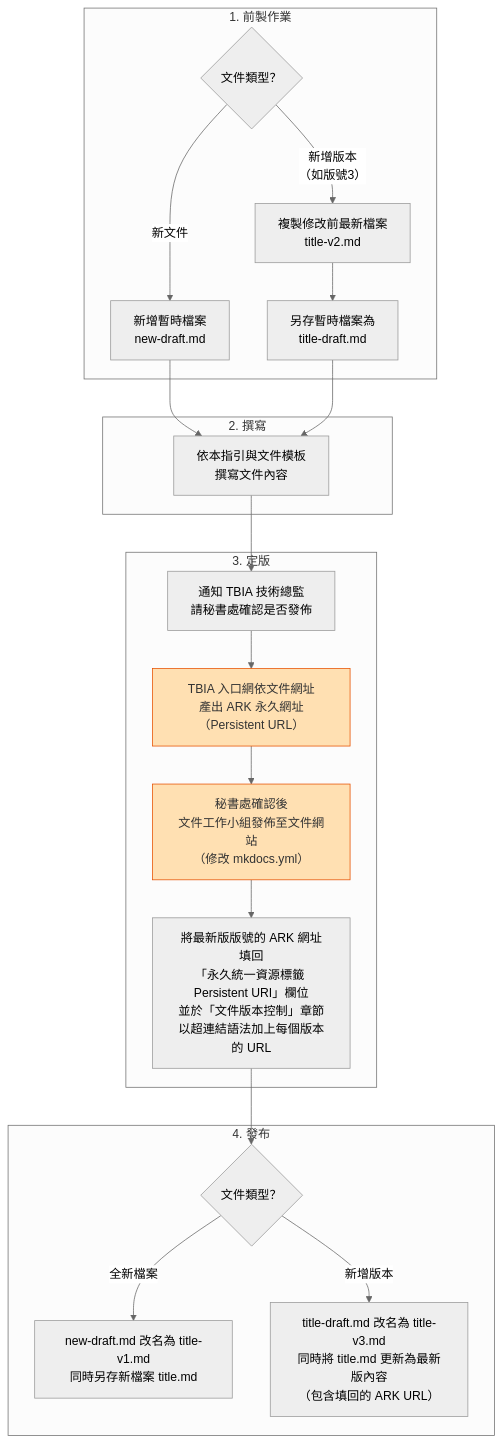
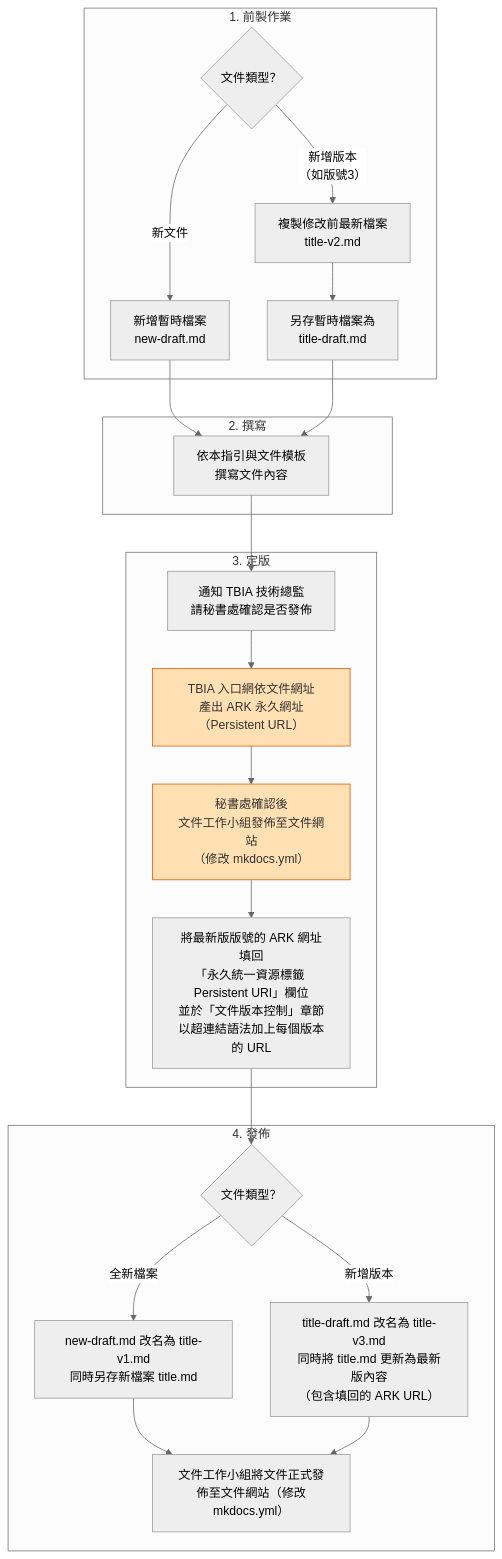
Before and after one commit to TBIA/docs: the diagram in docs/document_guidelines-draft.md, drawn with Mermaid (neutral theme). The commit also changed other lines of this file, not shown here.

````diff
--- a/docs/document_guidelines-draft.md
+++ b/docs/document_guidelines-draft.md
@@ -68,34 +68,41 @@
 ```mermaid
 flowchart TD
     subgraph prep["1. 前製作業"]
         A0{"文件類型？"}
         A0 -- 新文件 --> A1["新增暫時檔案<br/>new-draft.md"]
         A0 -- 新增版本<br/>（如版號3） --> A2["複製修改前最新檔案<br/>title-v2.md"] --> A3["另存暫時檔案為<br/>title-draft.md"]
     end
 
     A1 --> W1
     A3 --> W1
 
     subgraph write["2. 撰寫"]
         W1["依本指引與文件模板<br/>撰寫文件內容"]
     end
 
     W1 --> F1
 
     subgraph final["3. 定版"]
         F1["通知 TBIA 技術總監<br/>請秘書處確認是否發佈"] --> F2["TBIA 入口網依文件網址<br/>產出 ARK 永久網址（Persistent URL）"]
         F2 --> F3["秘書處確認後<br/>文件工作小組發佈至文件網站<br/>（修改 mkdocs.yml）"]
         F3 --> F4["將最新版版號的 ARK 網址填回<br/>「永久統一資源標籤 Persistent URI」欄位<br/>並於「文件版本控制」章節<br/>以超連結語法加上每個版本的 URL"]
     end
 
     F4 --> P0
 
-    subgraph publish["4. 發布"]
+    subgraph publish["4. 發佈"]
         P0{"文件類型？"}
         P0 -- 全新檔案 --> P1["new-draft.md 改名為 title-v1.md<br/>同時另存新檔案 title.md"]
         P0 -- 新增版本 --> P2["title-draft.md 改名為 title-v3.md<br/>同時將 title.md 更新為最新版內容<br/>（包含填回的 ARK URL）"]
+        P1 --> Z0
+        P2 --> Z0
+
+        Z0["文件工作小組將文件正式發佈至文件網站（修改mkdocs.yml）"]
+
     end
+
+    
 
     classDef staff fill:#ffe0b2,stroke:#e65100,color:#333
     class F2,F3 staff
 ```
````
